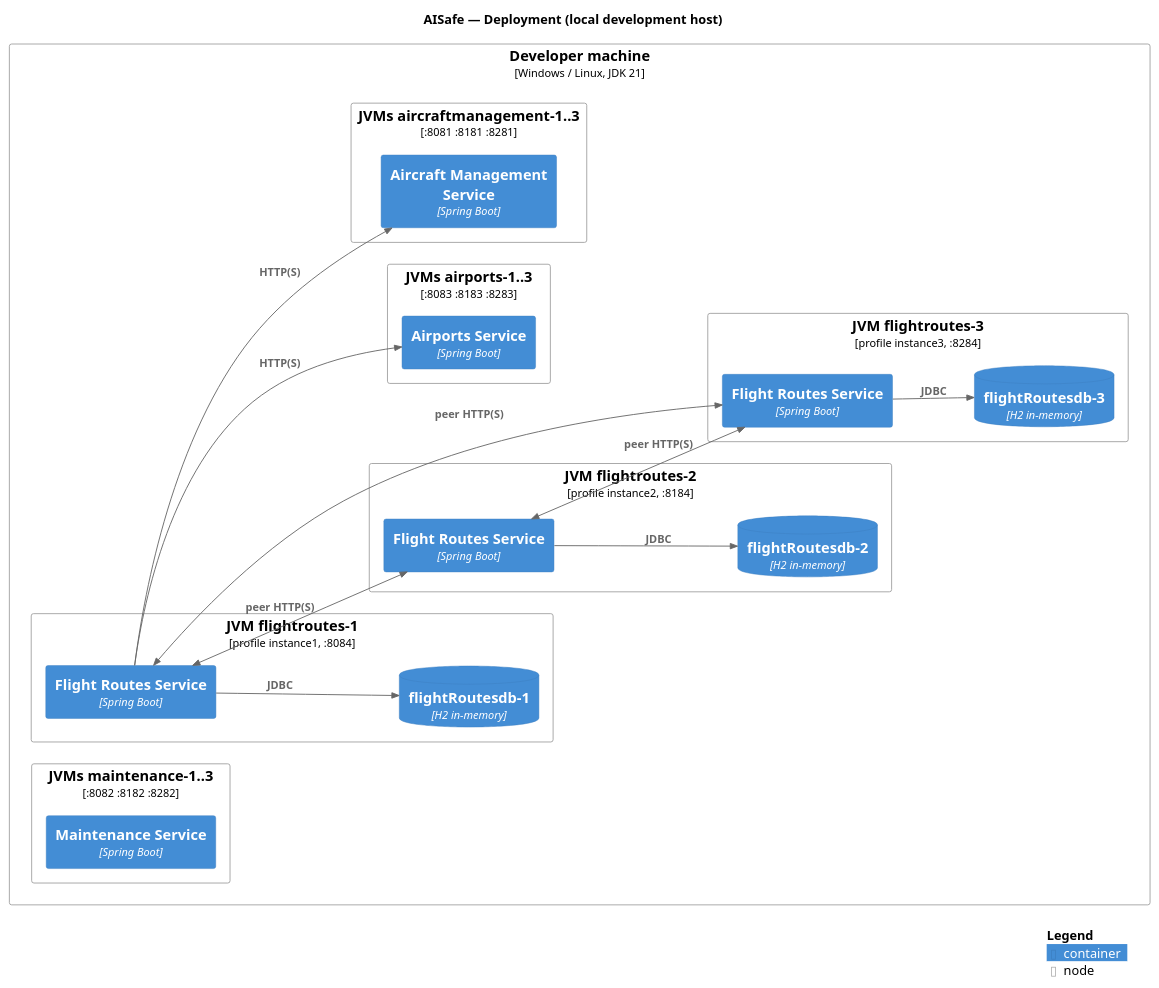
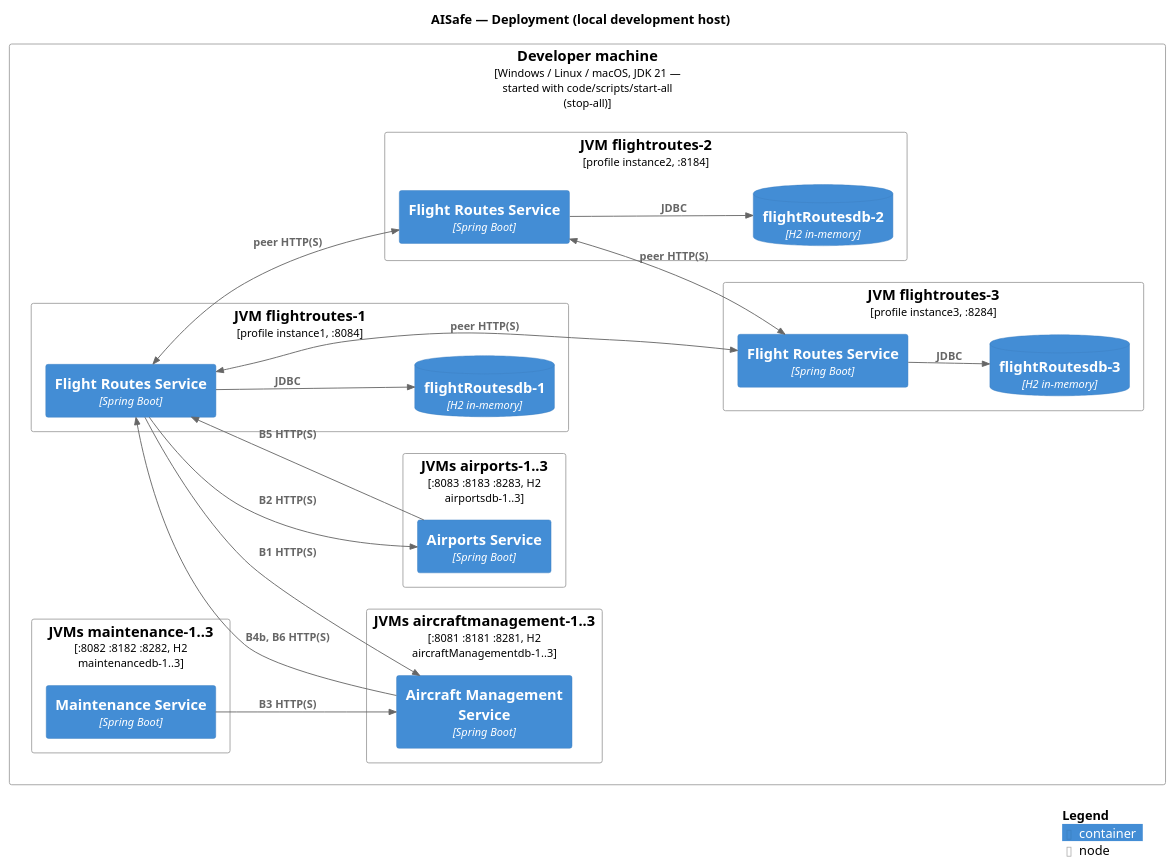
The diagram in docs/2-containers/puml/C4-L2-Deployment.puml (caetanotiago/Project_SIDIS), drawn with PlantUML before and after one commit. The commit also changed 24 other files, not shown here.

```diff
--- a/docs/2-containers/puml/C4-L2-Deployment.puml
+++ b/docs/2-containers/puml/C4-L2-Deployment.puml
@@ -1,40 +1,43 @@
 @startuml C4-L2-Deployment
 !include <C4/C4_Deployment>
 LAYOUT_LEFT_RIGHT()
 title AISafe — Deployment (local development host)
 
-Deployment_Node(host, "Developer machine", "Windows / Linux, JDK 21") {
+Deployment_Node(host, "Developer machine", "Windows / Linux / macOS, JDK 21 — started with code/scripts/start-all (stop-all)") {
     Deployment_Node(fr1, "JVM flightroutes-1", "profile instance1, :8084") {
         Container(fra, "Flight Routes Service", "Spring Boot")
         ContainerDb(frda, "flightRoutesdb-1", "H2 in-memory")
     }
     Deployment_Node(fr2, "JVM flightroutes-2", "profile instance2, :8184") {
         Container(frb, "Flight Routes Service", "Spring Boot")
         ContainerDb(frdb, "flightRoutesdb-2", "H2 in-memory")
     }
     Deployment_Node(fr3, "JVM flightroutes-3", "profile instance3, :8284") {
         Container(frc, "Flight Routes Service", "Spring Boot")
         ContainerDb(frdc, "flightRoutesdb-3", "H2 in-memory")
     }
-    Deployment_Node(apn, "JVMs airports-1..3", ":8083 :8183 :8283") {
+    Deployment_Node(apn, "JVMs airports-1..3", ":8083 :8183 :8283, H2 airportsdb-1..3") {
         Container(ap, "Airports Service", "Spring Boot")
     }
-    Deployment_Node(amn, "JVMs aircraftmanagement-1..3", ":8081 :8181 :8281") {
+    Deployment_Node(amn, "JVMs aircraftmanagement-1..3", ":8081 :8181 :8281, H2 aircraftManagementdb-1..3") {
         Container(am, "Aircraft Management Service", "Spring Boot")
     }
-    Deployment_Node(mtn, "JVMs maintenance-1..3", ":8082 :8182 :8282") {
+    Deployment_Node(mtn, "JVMs maintenance-1..3", ":8082 :8182 :8282, H2 maintenancedb-1..3") {
         Container(mt, "Maintenance Service", "Spring Boot")
     }
 }
 
 Rel(fra, frda, "JDBC")
 Rel(frb, frdb, "JDBC")
 Rel(frc, frdc, "JDBC")
 BiRel(fra, frb, "peer HTTP(S)")
 BiRel(frb, frc, "peer HTTP(S)")
 BiRel(fra, frc, "peer HTTP(S)")
-Rel(fra, ap, "HTTP(S)")
-Rel(fra, am, "HTTP(S)")
+Rel(fra, ap, "B2 HTTP(S)")
+Rel(fra, am, "B1 HTTP(S)")
+Rel(ap, fra, "B5 HTTP(S)")
+Rel(am, fra, "B4b, B6 HTTP(S)")
+Rel(mt, am, "B3 HTTP(S)")
 
 SHOW_LEGEND()
 @enduml
```
